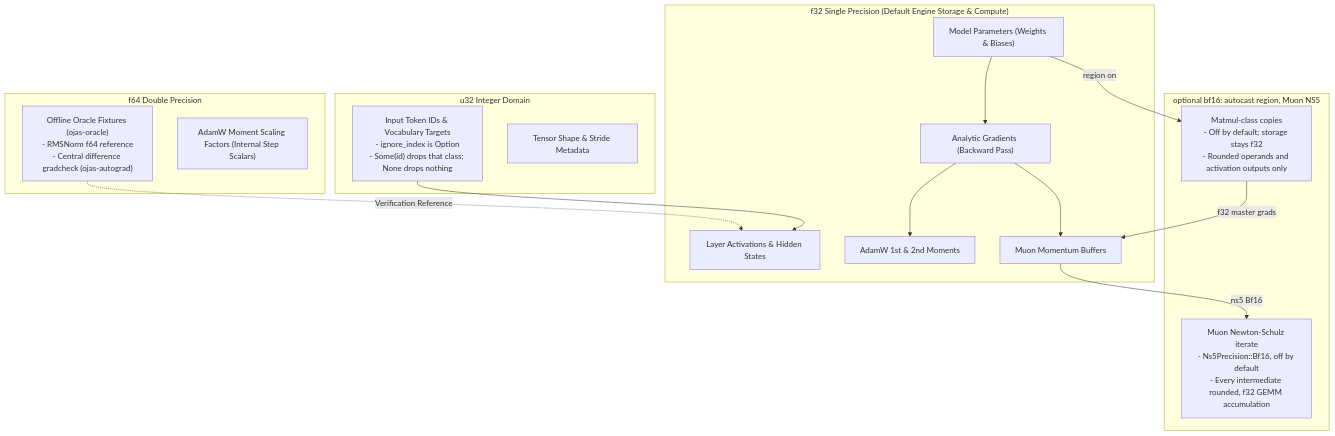
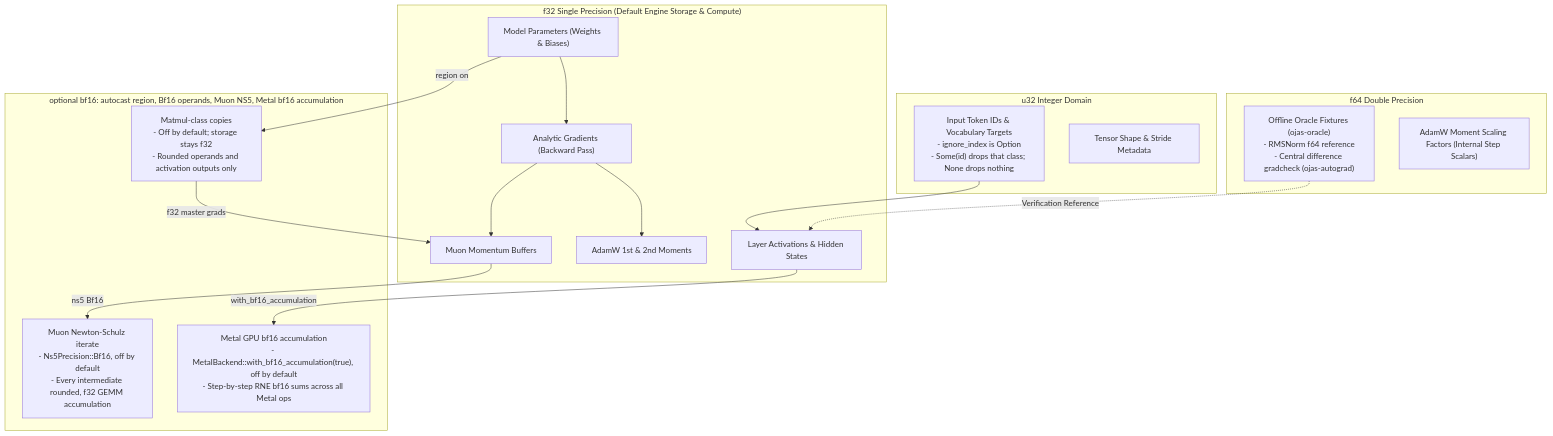
The first of 2 diagrams in docs/dtype-policy.md (bharathvbcr/ojas), drawn with Mermaid before and after one commit. The commit also changed other lines of this file and 26 other files, not shown here.

First line of the commit message:
docs: describe Metal bf16 accumulation, wgpu vec4 accumulators and the io handover; regenerate the site

````diff
--- a/docs/dtype-policy.md
+++ b/docs/dtype-policy.md
@@ -9,34 +9,36 @@
 ```mermaid
 flowchart TD
     subgraph F32Domain["f32 Single Precision (Default Engine Storage & Compute)"]
         Params["Model Parameters (Weights & Biases)"]
         Acts["Layer Activations & Hidden States"]
         Grads["Analytic Gradients (Backward Pass)"]
         AdamWStates["AdamW 1st & 2nd Moments"]
         MuonMom["Muon Momentum Buffers"]
     end
 
-    subgraph BF16Domain["optional bf16: autocast region, Muon NS5"]
+    subgraph BF16Domain["optional bf16: autocast region, Bf16 operands, Muon NS5, Metal bf16 accumulation"]
         NSIterate["Matmul-class copies\n- Off by default; storage stays f32\n- Rounded operands and activation outputs only"]
         NS5Bf16["Muon Newton-Schulz iterate\n- Ns5Precision::Bf16, off by default\n- Every intermediate rounded, f32 GEMM accumulation"]
+        MetalBF16Accum["Metal GPU bf16 accumulation\n- MetalBackend::with_bf16_accumulation(true), off by default\n- Step-by-step RNE bf16 sums across all Metal ops"]
     end
 
     subgraph U32Domain["u32 Integer Domain"]
         TokenIDs["Input Token IDs & Vocabulary Targets\n- ignore_index is Option<u32>\n- Some(id) drops that class; None drops nothing"]
         Dimensions["Tensor Shape & Stride Metadata"]
     end
 
     subgraph F64Domain["f64 Double Precision"]
         Oracles["Offline Oracle Fixtures (ojas-oracle)\n- RMSNorm f64 reference\n- Central difference gradcheck (ojas-autograd)"]
         Scalars["AdamW Moment Scaling Factors (Internal Step Scalars)"]
     end
 
     Params --> Grads
     Grads --> AdamWStates
     Grads --> MuonMom
     Params -->|region on| NSIterate
+    Acts -->|with_bf16_accumulation| MetalBF16Accum
     NSIterate -->|f32 master grads| MuonMom
     MuonMom -->|ns5 Bf16| NS5Bf16
     TokenIDs --> Acts
     Oracles -.->|Verification Reference| Acts
 ```
````
